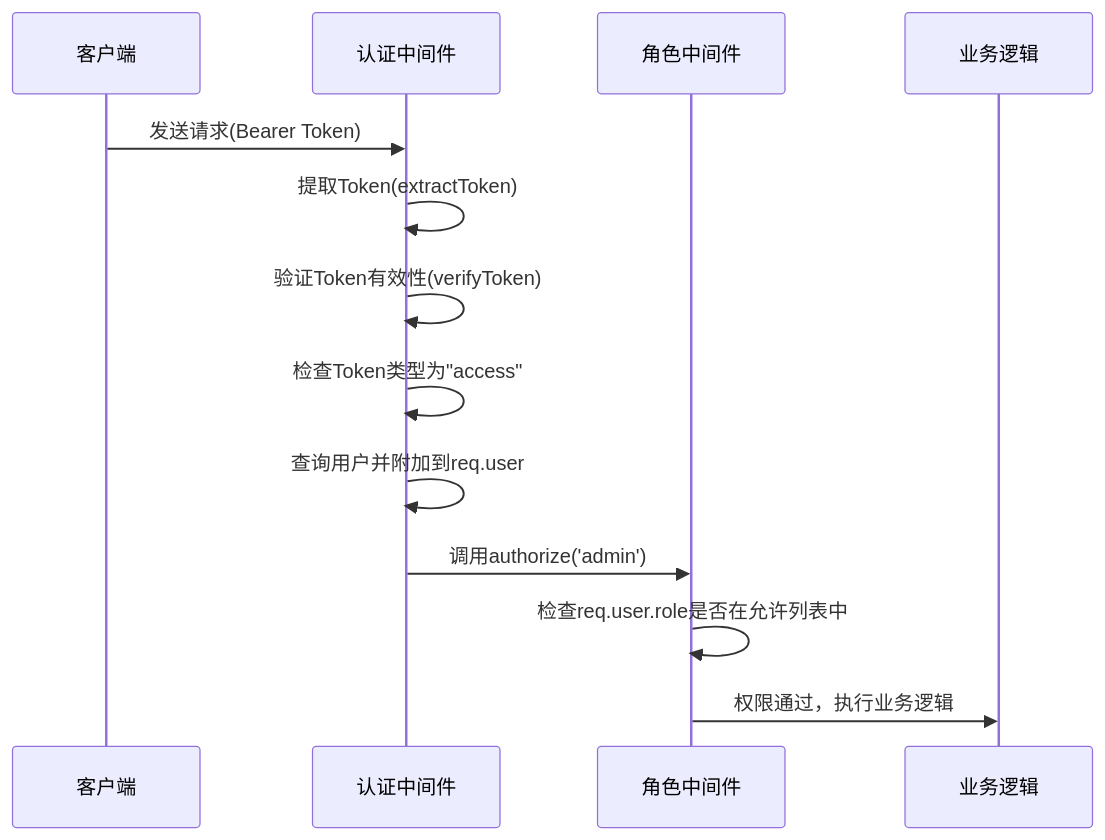
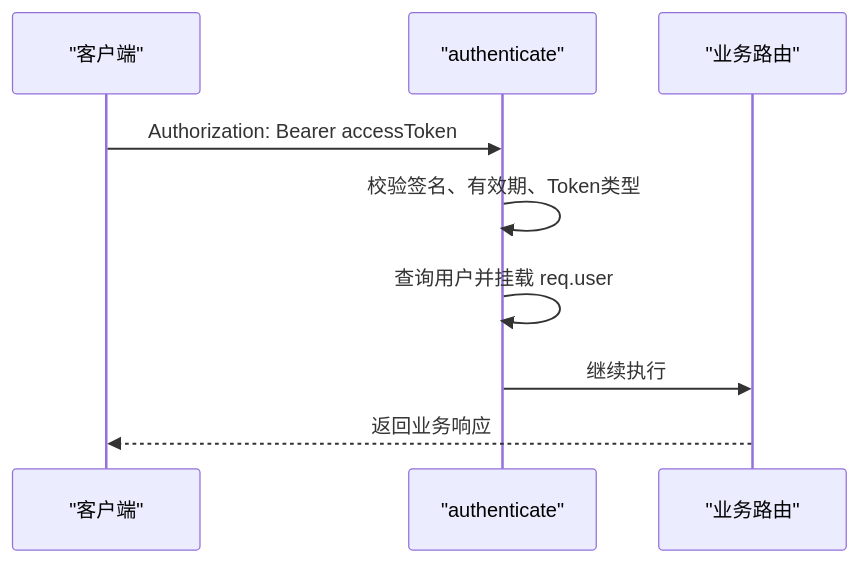
The first of 2 diagrams in wiki/API参考/用户管理API.md (xingranya/CervixDetectAI), drawn with Mermaid before and after one commit. The commit also changed other lines of this file and 14 other files, not shown here.

First line of the commit message:
feat(storage): 重构影像存储链路并集成图仓远程同步

````diff
--- a/wiki/API参考/用户管理API.md
+++ b/wiki/API参考/用户管理API.md
@@ -39,15 +30,11 @@
 ```mermaid
 sequenceDiagram
-participant 客户端
-participant 认证中间件
-participant 角色中间件
-participant 业务逻辑
-客户端->>认证中间件 : 发送请求(Bearer Token)
-认证中间件->>认证中间件 : 提取Token(extractToken)
-认证中间件->>认证中间件 : 验证Token有效性(verifyToken)
-认证中间件->>认证中间件 : 检查Token类型为"access"
-认证中间件->>认证中间件 : 查询用户并附加到req.user
-认证中间件->>角色中间件 : 调用authorize('admin')
-角色中间件->>角色中间件 : 检查req.user.role是否在允许列表中
-角色中间件->>业务逻辑 : 权限通过，执行业务逻辑
+participant C as "客户端"
+participant A as "authenticate"
+participant B as "业务路由"
+C->>A : Authorization: Bearer accessToken
+A->>A : 校验签名、有效期、Token类型
+A->>A : 查询用户并挂载 req.user
+A->>B : 继续执行
+B-->>C : 返回业务响应
 ```
````
